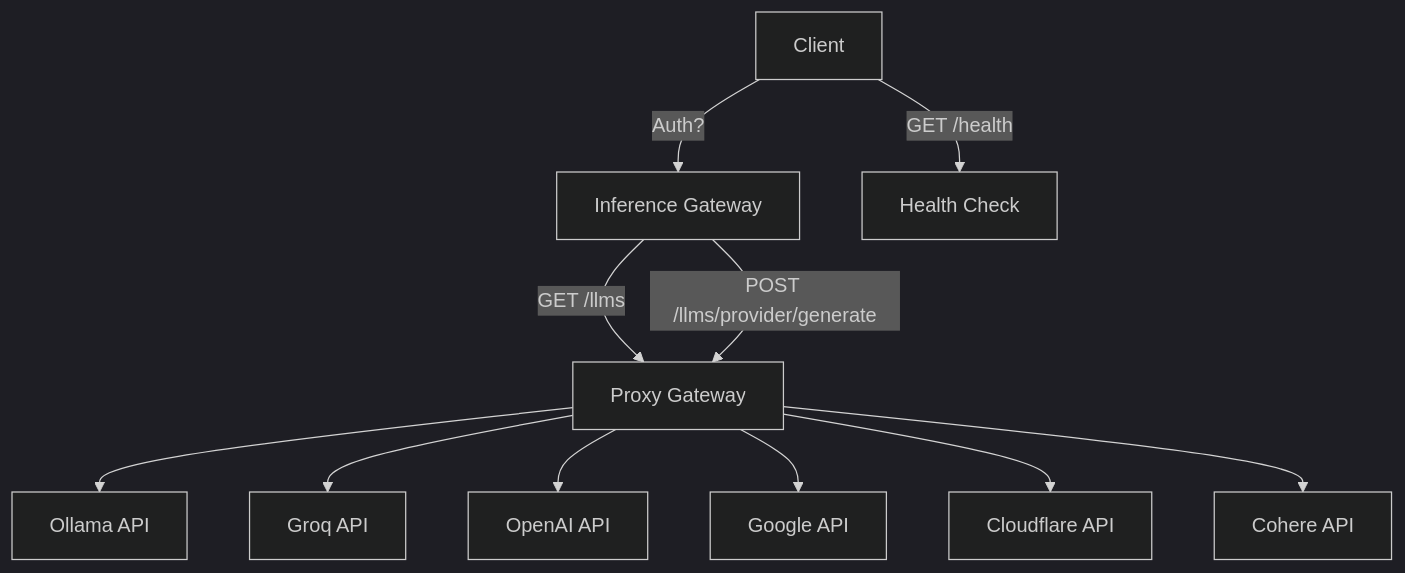
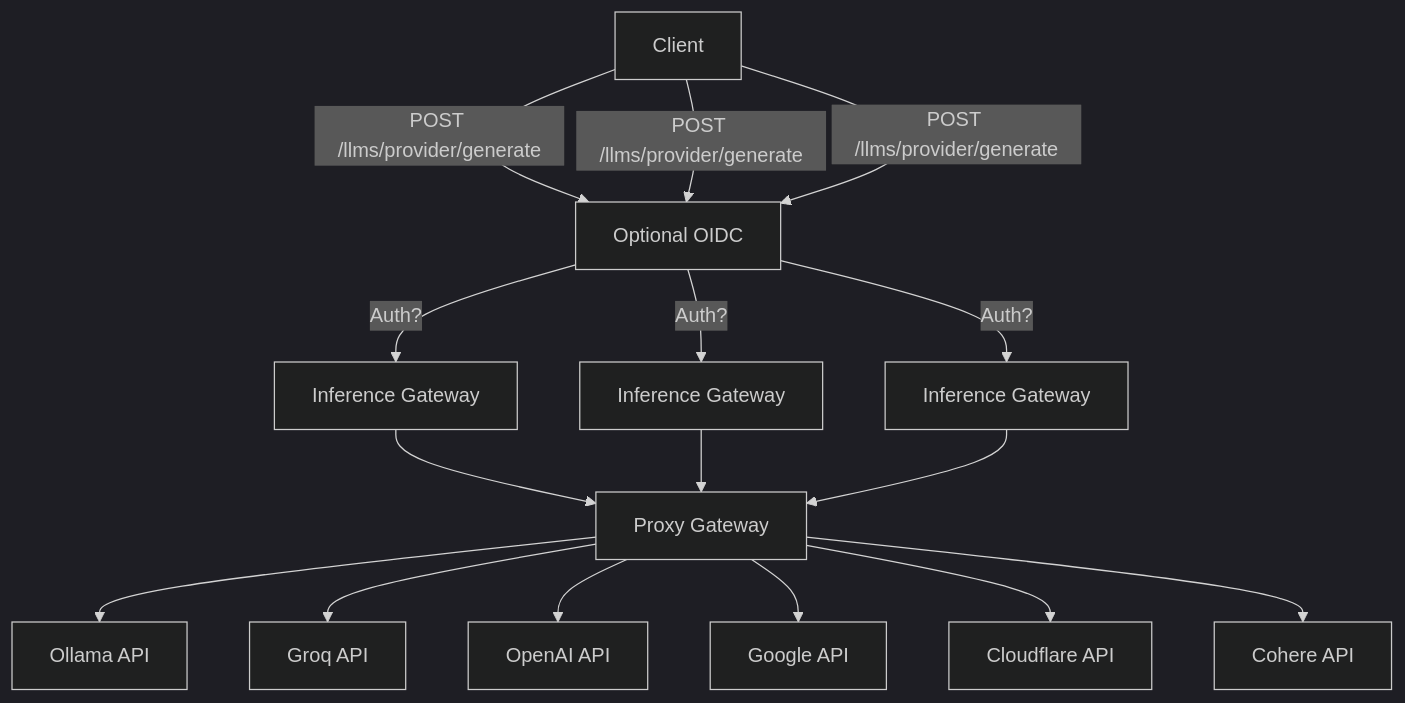
One commit to sammcj/inference-gateway changed the diagram in README.md. Above: the diagram before and after it, drawn with Mermaid (dark theme). The commit also changed other lines of this file, not shown here.

Commit message:
docs: Enhance README.md with horizontal scaling details
Remove health check, it's not relevant to illustrate how it works.

````diff
--- a/README.md
+++ b/README.md
@@ -50,13 +52,18 @@
 ```mermaid
 graph TD
-    A[Client] -->|Auth?| B[Inference Gateway]
-    A -->|GET /health| I[Health Check]
-    B -->|GET /llms| P[Proxy Gateway]
-    B -->|POST /llms/provider/generate| P[Proxy Gateway]
+    A[Client] --> |POST /llms/provider/generate| Auth[Inference Gateway]
+    A[Client] --> |POST /llms/provider/generate| Auth[Inference Gateway]
+    A[Client] --> |POST /llms/provider/generate| Auth[Inference Gateway]
+    Auth[Optional OIDC] --> |Auth?| IG1[Inference Gateway]
+    Auth[Optional OIDC] --> |Auth?| IG2[Inference Gateway]
+    Auth[Optional OIDC] --> |Auth?| IG3[Inference Gateway]
+    IG1 --> P[Proxy Gateway]
+    IG2 --> P[Proxy Gateway]
+    IG3 --> P[Proxy Gateway]
     P[Proxy Gateway] --> C[Ollama API]
     P[Proxy Gateway] --> D[Groq API]
     P[Proxy Gateway] --> E[OpenAI API]
     P[Proxy Gateway] --> F[Google API]
     P[Proxy Gateway] --> G[Cloudflare API]
     P[Proxy Gateway] --> H[Cohere API]
 ```
````
